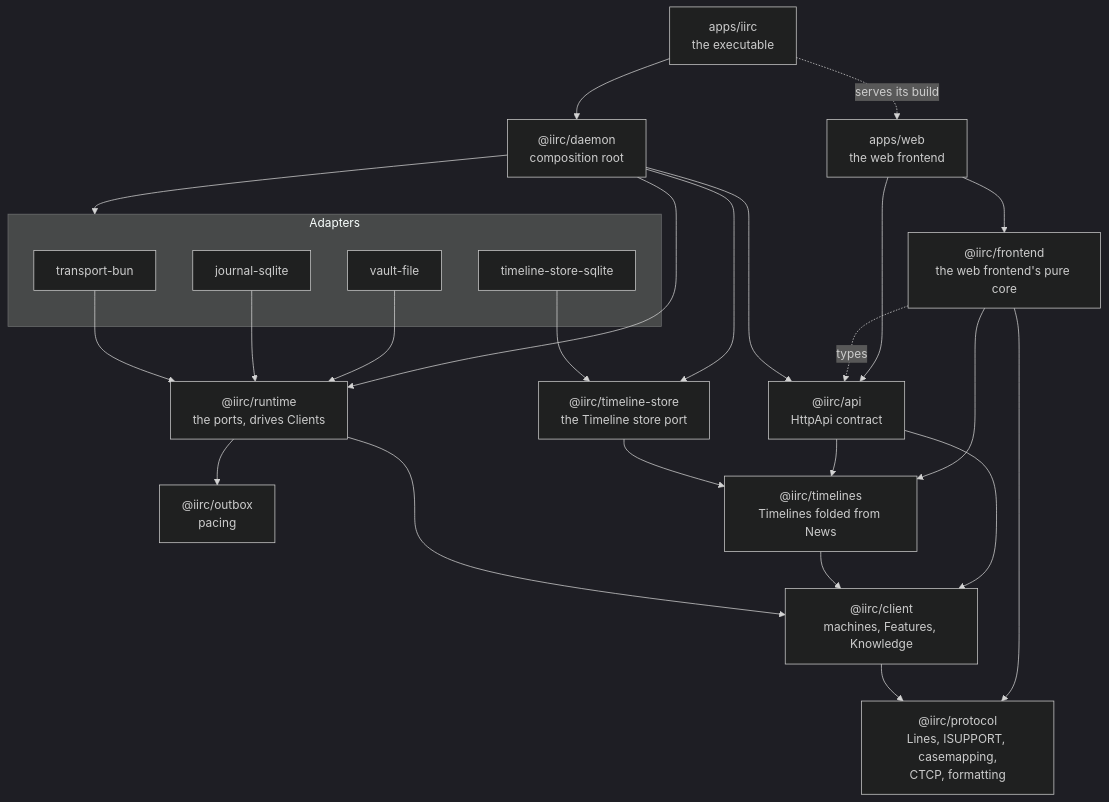
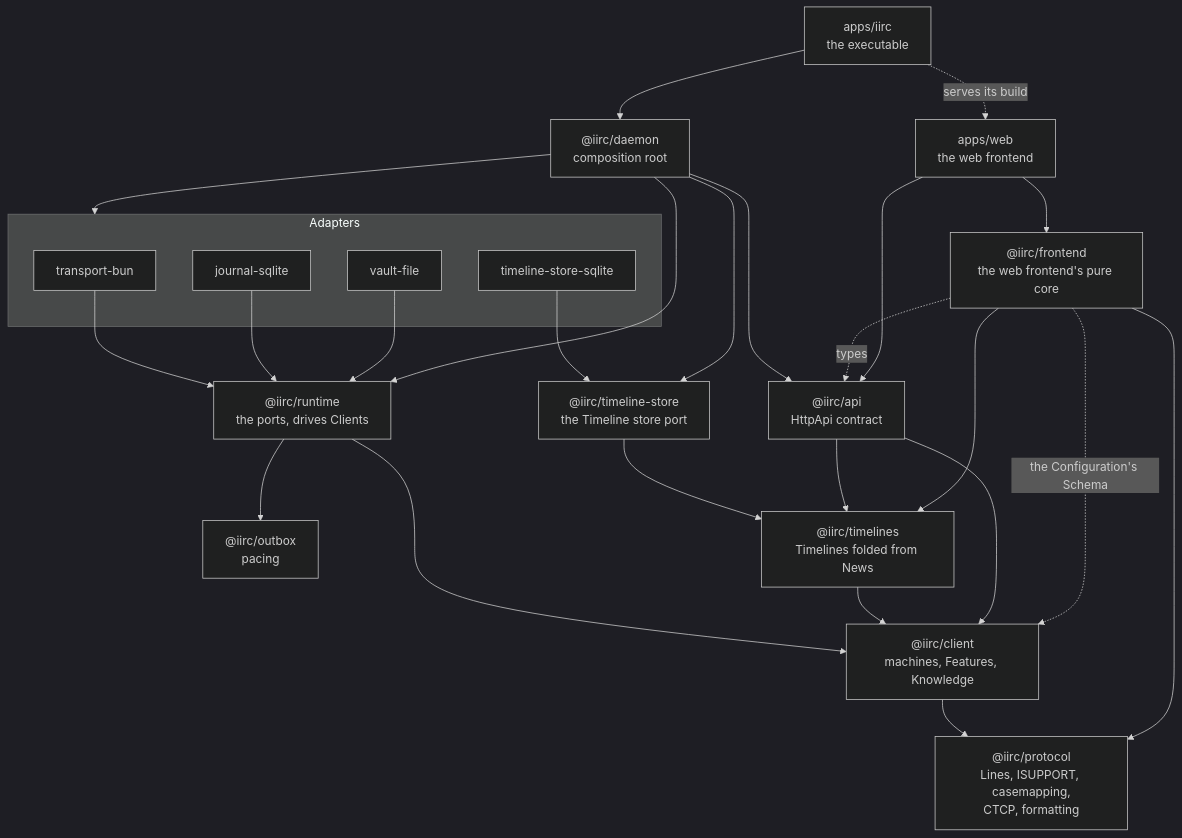
One commit to deankerr/iirc changed the second of 5 diagrams in docs/architecture.md. Above: the diagram before and after it, drawn with Mermaid (dark theme). The commit also changed other lines of this file and 66 other files, not shown here.

````diff
--- a/docs/architecture.md
+++ b/docs/architecture.md
@@ -64,35 +64,36 @@
 ```mermaid
 flowchart TB
   protocol["@iirc/protocol<br/>Lines, ISUPPORT, casemapping,<br/>CTCP, formatting"]
   client["@iirc/client<br/>machines, Features, Knowledge"]
   outbox["@iirc/outbox<br/>pacing"]
   timelines["@iirc/timelines<br/>Timelines folded from News"]
   store["@iirc/timeline-store<br/>the Timeline store port"]
   runtime["@iirc/runtime<br/>the ports, drives Clients"]
   api["@iirc/api<br/>HttpApi contract"]
   daemon["@iirc/daemon<br/>composition root"]
   app["apps/iirc<br/>the executable"]
   frontend["@iirc/frontend<br/>the web frontend's pure core"]
   web["apps/web<br/>the web frontend"]
 
   subgraph adapters["Adapters"]
     tbun["transport-bun"]
     jsql["journal-sqlite"]
     vfile["vault-file"]
     tsql["timeline-store-sqlite"]
   end
 
   client --> protocol
   runtime --> client & outbox
   timelines --> client
   store --> timelines
   tbun & jsql & vfile --> runtime
   tsql --> store
   api --> client & timelines
   daemon --> api & runtime & store & adapters
   app --> daemon
   frontend --> protocol & timelines
+  frontend -.->|"the Configuration's Schema"| client
   frontend -.->|"types"| api
   web --> api & frontend
   app -.->|"serves its build"| web
 ```
````
